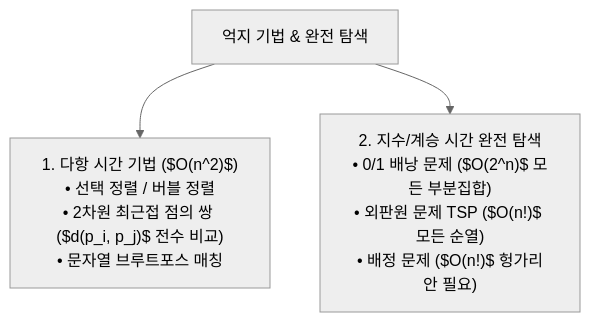
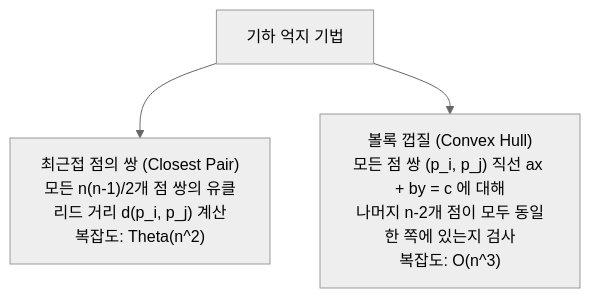
The diagram in ComputerScience/06_algorithms-graphics/algorithm-design-analysis/notes/03. 억지 기법과 완전 탐색.md (umyunsang/edu), drawn with Mermaid (neutral theme) before and after one commit. The commit also changed other lines of this file and 72 other files, not shown here.

````diff
--- a/ComputerScience/06_algorithms-graphics/algorithm-design-analysis/notes/03. 억지 기법과 완전 탐색.md
+++ b/ComputerScience/06_algorithms-graphics/algorithm-design-analysis/notes/03. 억지 기법과 완전 탐색.md
@@ -34,6 +48,6 @@
 ```mermaid
 flowchart TD
-    BF["억지 기법 & 완전 탐색"]
-    BF --> POLY["1. 다항 시간 기법 ($O(n^2)$)<br/>• 선택 정렬 / 버블 정렬<br/>• 2차원 최근접 점의 쌍 ($d(p_i, p_j)$ 전수 비교)<br/>• 문자열 브루트포스 매칭"]
-    BF --> EXP["2. 지수/계승 시간 완전 탐색<br/>• 0/1 배낭 문제 ($O(2^n)$ 모든 부분집합)<br/>• 외판원 문제 TSP ($O(n!)$ 모든 순열)<br/>• 배정 문제 ($O(n!)$ 헝가리안 필요)"]
+    GEO["기하 억지 기법"]
+    GEO --> CP["최근접 점의 쌍 (Closest Pair)<br/>모든 n(n-1)/2개 점 쌍의 유클리드 거리 d(p_i, p_j) 계산<br/>복잡도: Theta(n^2)"]
+    GEO --> CH["볼록 껍질 (Convex Hull)<br/>모든 점 쌍 (p_i, p_j) 직선 ax + by = c 에 대해<br/>나머지 n-2개 점이 모두 동일한 쪽에 있는지 검사<br/>복잡도: O(n^3)"]
 ```
````
